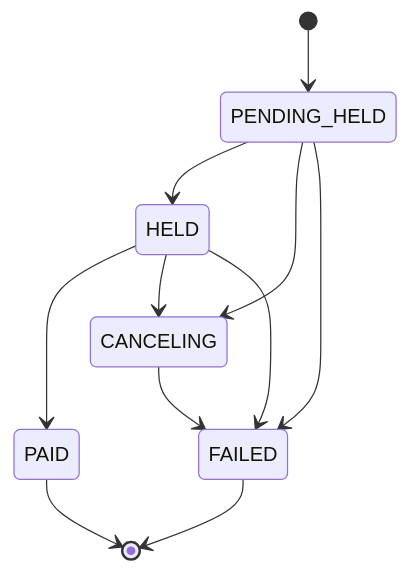
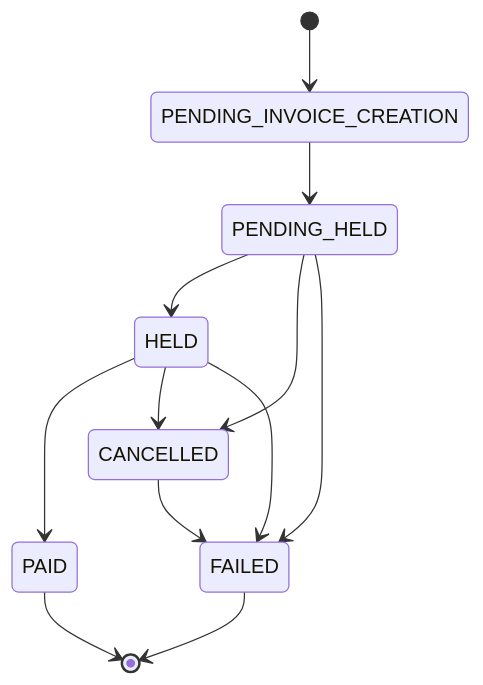
One commit to stackernews/stacker.news changed the fourth of 5 diagrams in api/payIn/README.md. Above: the diagram before and after it, drawn with Mermaid. The commit also changed other lines of this file, not shown here.

````diff
--- a/api/payIn/README.md
+++ b/api/payIn/README.md
@@ -78,13 +200,14 @@
 ```mermaid
 stateDiagram-v2
     PAID --> [*]
-    CANCELING --> FAILED
+    CANCELLED --> FAILED
     FAILED --> [*]
-    [*] --> PENDING_HELD
+    [*] --> PENDING_INVOICE_CREATION
+    PENDING_INVOICE_CREATION --> PENDING_HELD
     PENDING_HELD --> HELD
-    PENDING_HELD --> CANCELING
+    PENDING_HELD --> CANCELLED
     PENDING_HELD --> FAILED
     HELD --> PAID
-    HELD --> CANCELING
+    HELD --> CANCELLED
     HELD --> FAILED
 ```
````
